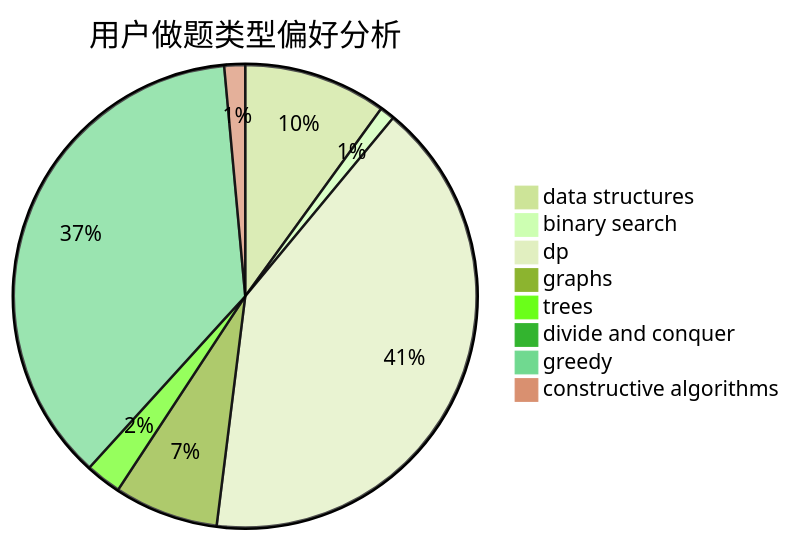
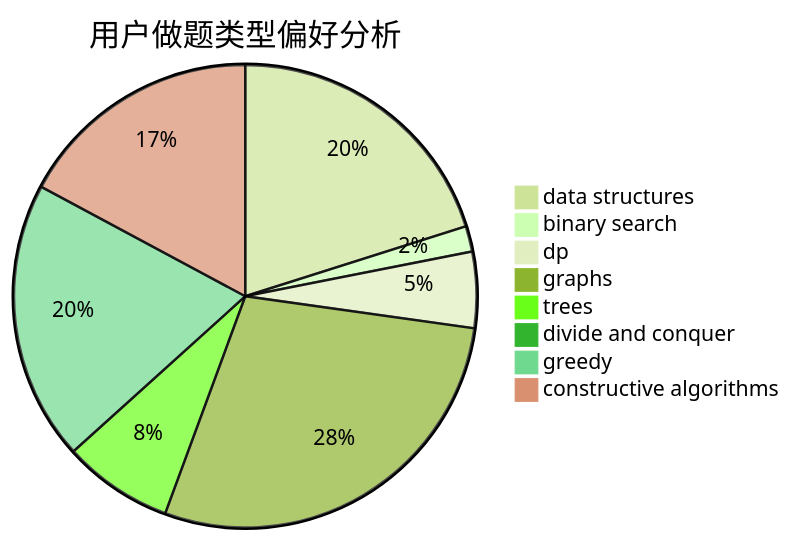
The second of 3 diagrams in docs/user/u2632.md (sherpahu/cfrs.github.io), drawn with Mermaid (forest theme) before and after one commit. The commit also changed other lines of this file and 2770 other files, not shown here.

````diff
--- a/docs/user/u2632.md
+++ b/docs/user/u2632.md
@@ -23,11 +23,11 @@
 ```mermaid
 pie title 用户做题类型偏好分析
-    "data structures" :  48
-    "binary search" :  5
-    "dp" :  197
-    "graphs" :  35
-    "trees" :  12
+    "data structures" :  34
+    "binary search" :  3
+    "dp" :  9
+    "graphs" :  48
+    "trees" :  13
     "divide and conquer" :  0
-    "greedy" :  177
-    "constructive algorithms" :  7
+    "greedy" :  33
+    "constructive algorithms" :  29
 ```
````
